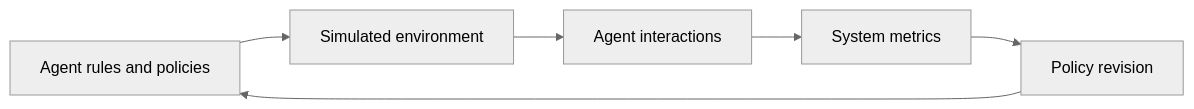
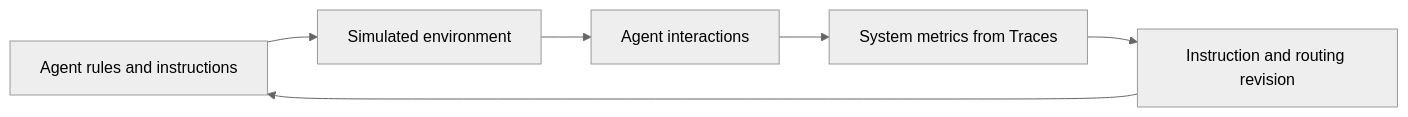
Before and after one commit to naren-allam/agents-beginners: diagram 11 of 12 in book/chapters/chapter-03-multi-agent-systems-and-collaboration.md, drawn with Mermaid (neutral theme). The commit also changed other lines of this file and 28 other files, not shown here.

````diff
--- a/book/chapters/chapter-03-multi-agent-systems-and-collaboration.md
+++ b/book/chapters/chapter-03-multi-agent-systems-and-collaboration.md
@@ -363,14 +377,14 @@
 ```mermaid
 flowchart LR
-    Rules["Agent rules and policies"]
+    Rules["Agent rules and instructions"]
     Environment["Simulated environment"]
     Interaction["Agent interactions"]
-    Metrics["System metrics"]
-    Revision["Policy revision"]
+    Metrics["System metrics from Traces"]
+    Revision["Instruction and routing revision"]
 
     Rules --> Environment
     Environment --> Interaction
     Interaction --> Metrics
     Metrics --> Revision
     Revision --> Rules
 ```
````
